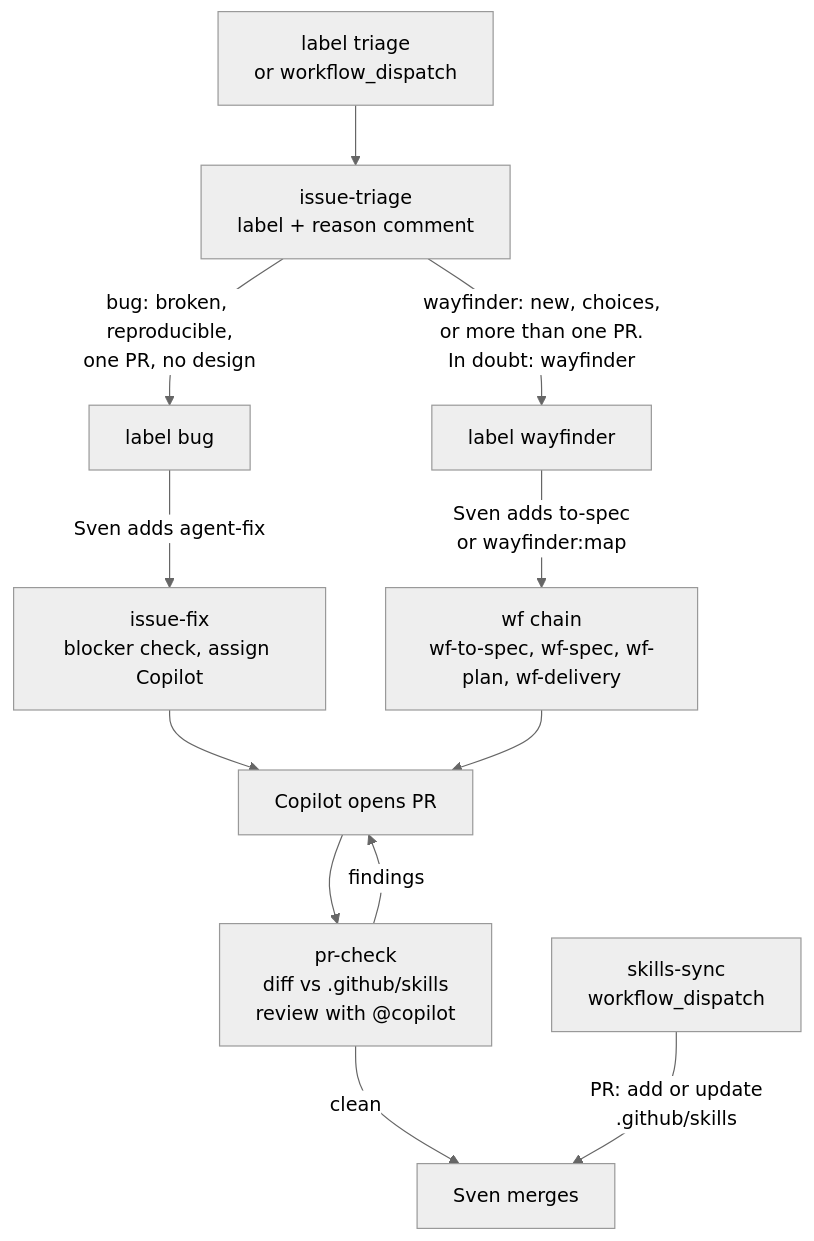
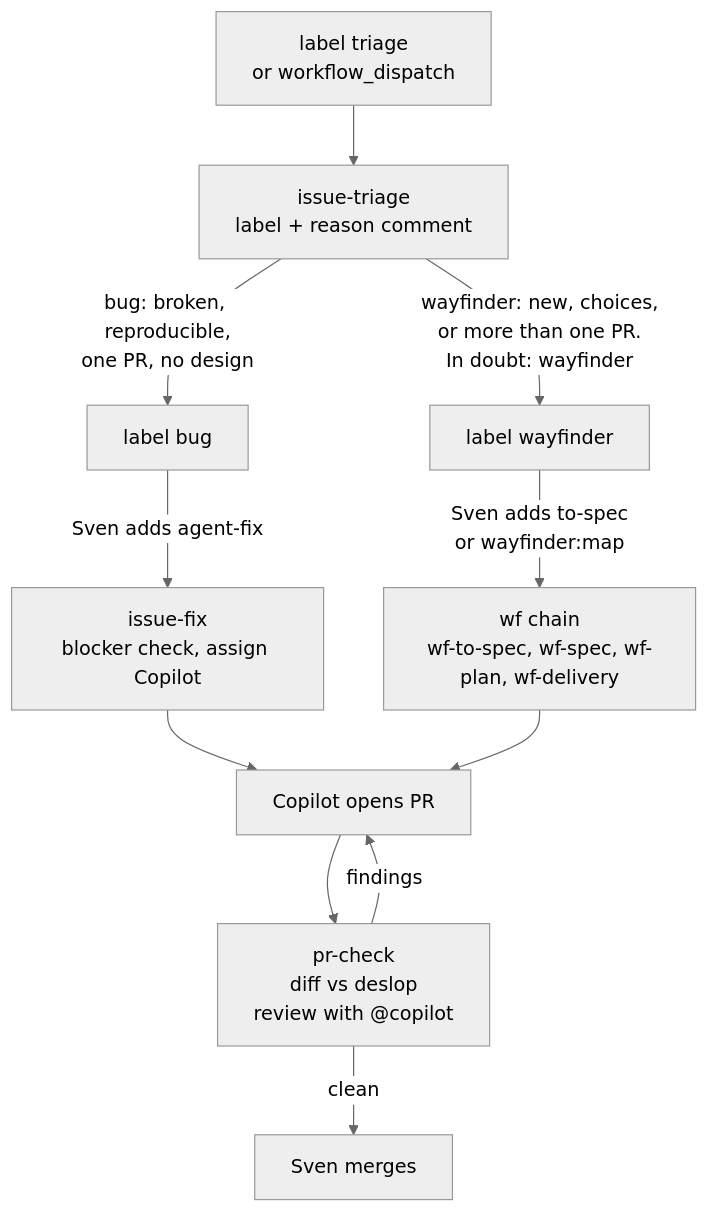
Before and after one commit to svennijhuis/agentic-workflows: the first of 4 diagrams in workflows/README.md, drawn with Mermaid (neutral theme). The commit also changed other lines of this file and 4 other files, not shown here.

Commit message:
Drop skills-sync per Sven; pr-check imports deslop remote from cursor/plugins@ae5650f; README

````diff
--- a/workflows/README.md
+++ b/workflows/README.md
@@ -23,14 +23,13 @@
 ```mermaid
 flowchart TD
   T[label triage<br/>or workflow_dispatch] --> TR[issue-triage<br/>label + reason comment]
   TR -->|bug: broken, reproducible,<br/>one PR, no design| B[label bug]
   TR -->|wayfinder: new, choices,<br/>or more than one PR.<br/>In doubt: wayfinder| W[label wayfinder]
   B -->|Sven adds agent-fix| IF[issue-fix<br/>blocker check, assign Copilot]
   W -->|Sven adds to-spec<br/>or wayfinder:map| CH[wf chain<br/>wf-to-spec, wf-spec, wf-plan, wf-delivery]
   IF --> CP[Copilot opens PR]
   CH --> CP
-  CP --> PC[pr-check<br/>diff vs .github/skills<br/>review with @copilot]
+  CP --> PC[pr-check<br/>diff vs deslop<br/>review with @copilot]
   PC -->|findings| CP
   PC -->|clean| M[Sven merges]
-  SS[skills-sync<br/>workflow_dispatch] -->|PR: add or update<br/>.github/skills| M
 ```
````
